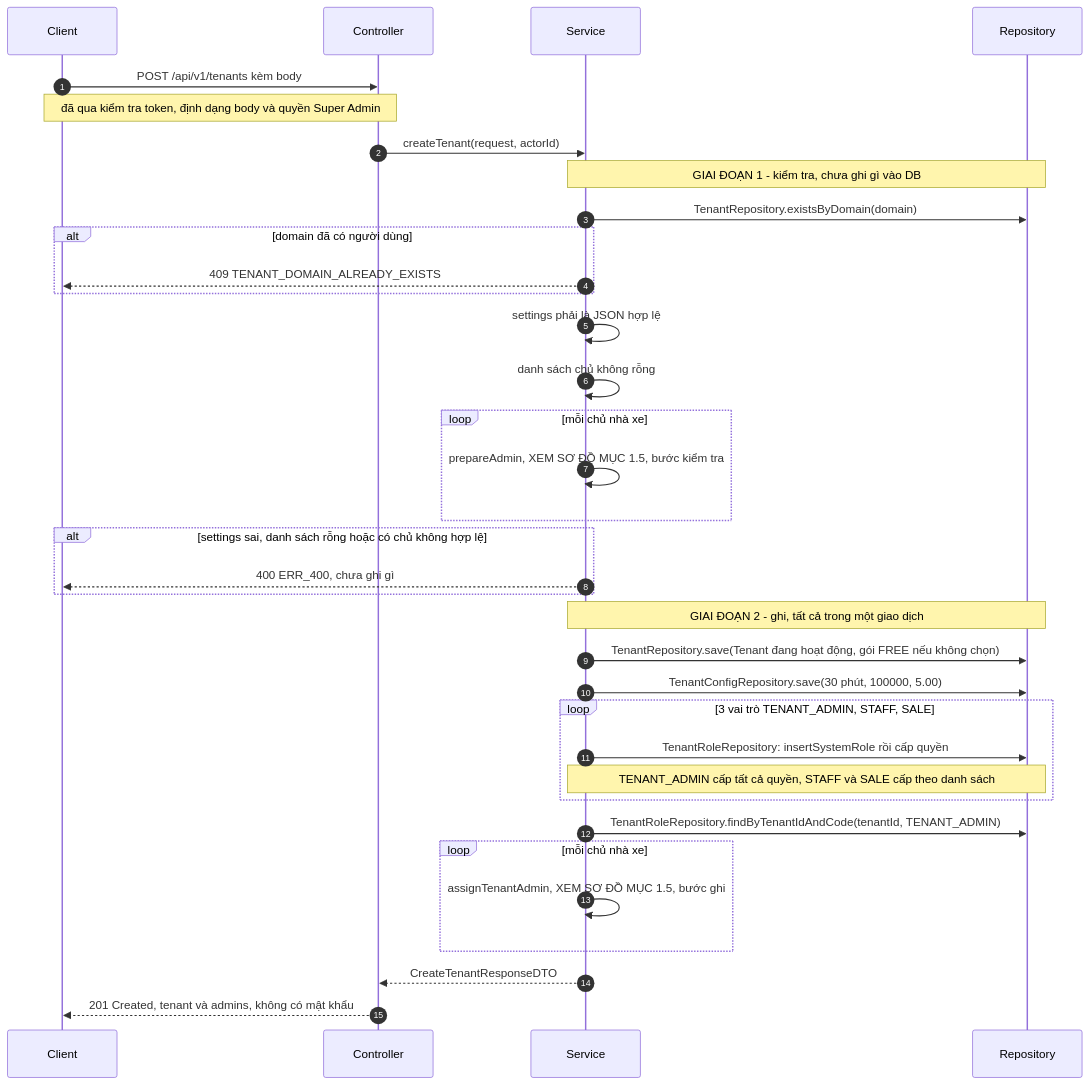
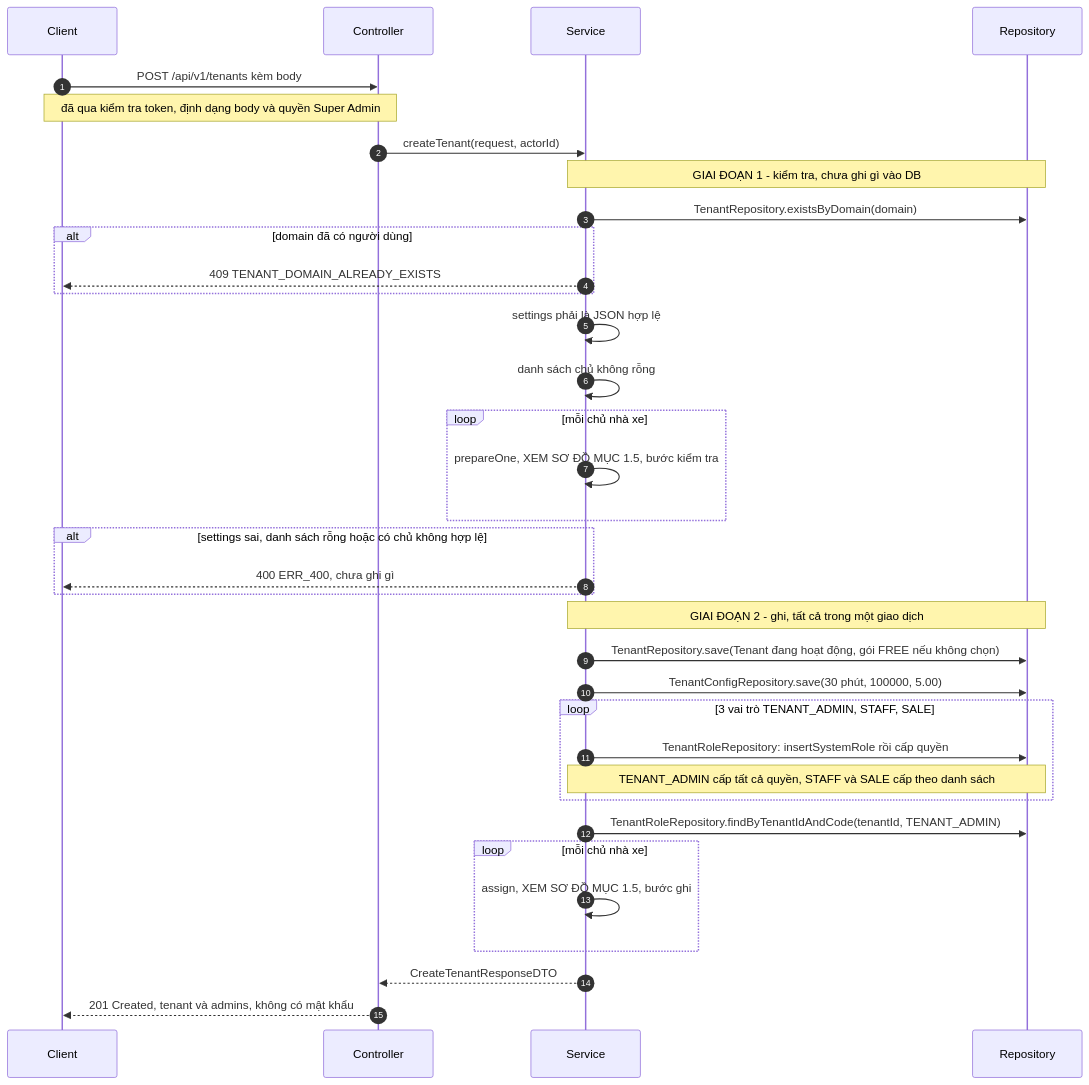
One commit to foodboi88/car-rental-saas changed the third of 11 diagrams in docs/plans/tenant/2026-10-19-tenant-api-spec.md. Above: the diagram before and after it, drawn with Mermaid. The commit also changed other lines of this file and 4 other files, not shown here.

````diff
--- a/docs/plans/tenant/2026-10-19-tenant-api-spec.md
+++ b/docs/plans/tenant/2026-10-19-tenant-api-spec.md
@@ -150,37 +152,37 @@
 ```mermaid
 sequenceDiagram
   autonumber
   participant C as Client
   participant K as Controller
   participant S as Service
   participant R as Repository
   C->>K: POST /api/v1/tenants kèm body
   Note over C,K: đã qua kiểm tra token, định dạng body và quyền Super Admin
   K->>S: createTenant(request, actorId)
   Note over S,R: GIAI ĐOẠN 1 - kiểm tra, chưa ghi gì vào DB
   S->>R: TenantRepository.existsByDomain(domain)
   alt domain đã có người dùng
     S-->>C: 409 TENANT_DOMAIN_ALREADY_EXISTS
   end
   S->>S: settings phải là JSON hợp lệ
   S->>S: danh sách chủ không rỗng
   loop mỗi chủ nhà xe
-    S->>S: prepareAdmin, XEM SƠ ĐỒ MỤC 1.5, bước kiểm tra
+    S->>S: prepareOne, XEM SƠ ĐỒ MỤC 1.5, bước kiểm tra
   end
   alt settings sai, danh sách rỗng hoặc có chủ không hợp lệ
     S-->>C: 400 ERR_400, chưa ghi gì
   end
   Note over S,R: GIAI ĐOẠN 2 - ghi, tất cả trong một giao dịch
   S->>R: TenantRepository.save(Tenant đang hoạt động, gói FREE nếu không chọn)
   S->>R: TenantConfigRepository.save(30 phút, 100000, 5.00)
   loop 3 vai trò TENANT_ADMIN, STAFF, SALE
     S->>R: TenantRoleRepository: insertSystemRole rồi cấp quyền
     Note over S,R: TENANT_ADMIN cấp tất cả quyền, STAFF và SALE cấp theo danh sách
   end
   S->>R: TenantRoleRepository.findByTenantIdAndCode(tenantId, TENANT_ADMIN)
   loop mỗi chủ nhà xe
-    S->>S: assignTenantAdmin, XEM SƠ ĐỒ MỤC 1.5, bước ghi
+    S->>S: assign, XEM SƠ ĐỒ MỤC 1.5, bước ghi
   end
   S-->>K: CreateTenantResponseDTO
   K-->>C: 201 Created, tenant và admins, không có mật khẩu
 ```
````
